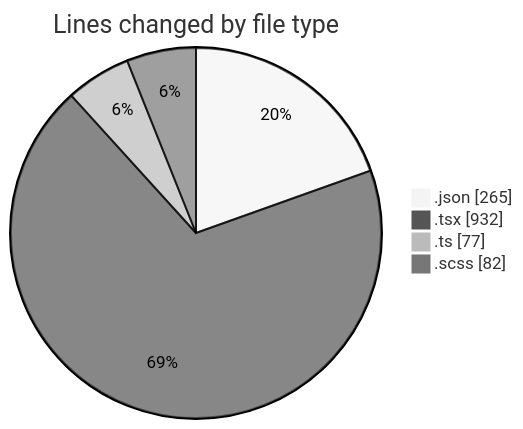
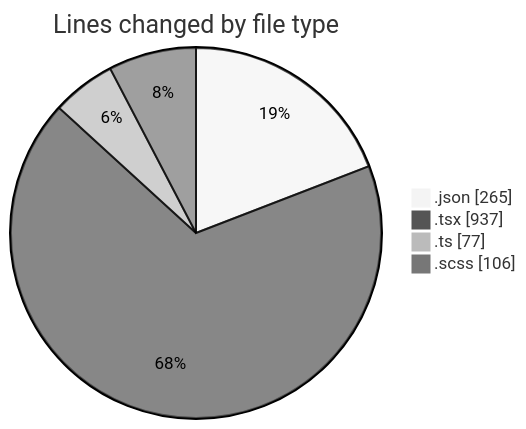
The first of 2 diagrams in 2026-04-22/cda/README.md (momahboobian/code-tracking), drawn with Mermaid (neutral theme) before and after one commit. The commit also changed other lines of this file and 1 other file, not shown here.

````diff
--- a/2026-04-22/cda/README.md
+++ b/2026-04-22/cda/README.md
@@ -28,8 +29,8 @@
 ```mermaid
 pie showData
 title Lines changed by file type
 ".json" : 265
-".tsx" : 932
+".tsx" : 937
 ".ts" : 77
-".scss" : 82
+".scss" : 106
 ```
````
